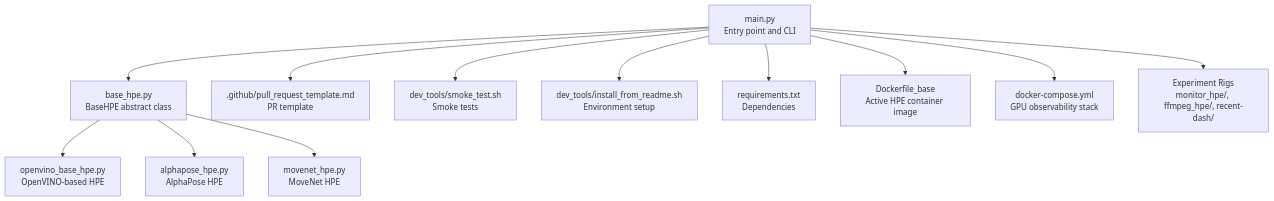
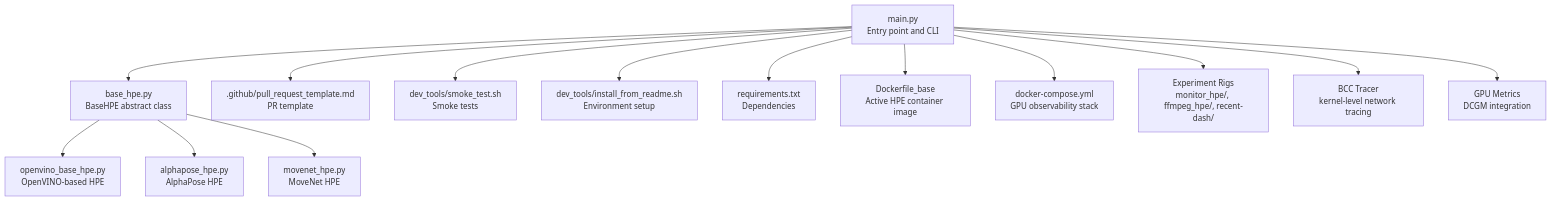
The first of 4 diagrams in .qoder/repowiki/en/content/Contributing Guidelines.md (Fogus-Gr/MeasurementsDTs), drawn with Mermaid before and after one commit. The commit also changed other lines of this file and 9 other files, not shown here.

````diff
--- a/.qoder/repowiki/en/content/Contributing Guidelines.md
+++ b/.qoder/repowiki/en/content/Contributing Guidelines.md
@@ -67,14 +75,16 @@
 ```mermaid
 graph TB
 A["main.py<br/>Entry point and CLI"] --> B["base_hpe.py<br/>BaseHPE abstract class"]
 B --> C["openvino_base_hpe.py<br/>OpenVINO-based HPE"]
 B --> D["alphapose_hpe.py<br/>AlphaPose HPE"]
 B --> E["movenet_hpe.py<br/>MoveNet HPE"]
 A --> F[".github/pull_request_template.md<br/>PR template"]
 A --> G["dev_tools/smoke_test.sh<br/>Smoke tests"]
 A --> H["dev_tools/install_from_readme.sh<br/>Environment setup"]
 A --> I["requirements.txt<br/>Dependencies"]
 A --> J["Dockerfile_base<br/>Active HPE container image"]
 A --> K["docker-compose.yml<br/>GPU observability stack"]
 A --> L["Experiment Rigs<br/>monitor_hpe/, ffmpeg_hpe/, recent-dash/"]
+A --> M["BCC Tracer<br/>kernel-level network tracing"]
+A --> N["GPU Metrics<br/>DCGM integration"]
 ```
````
